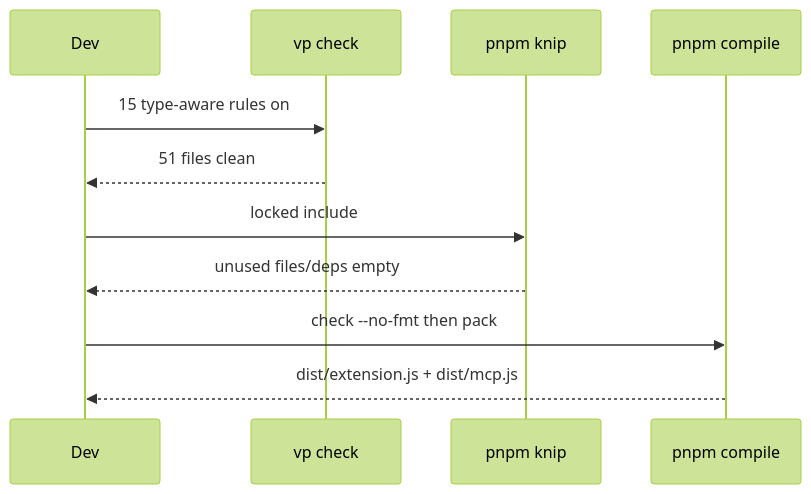
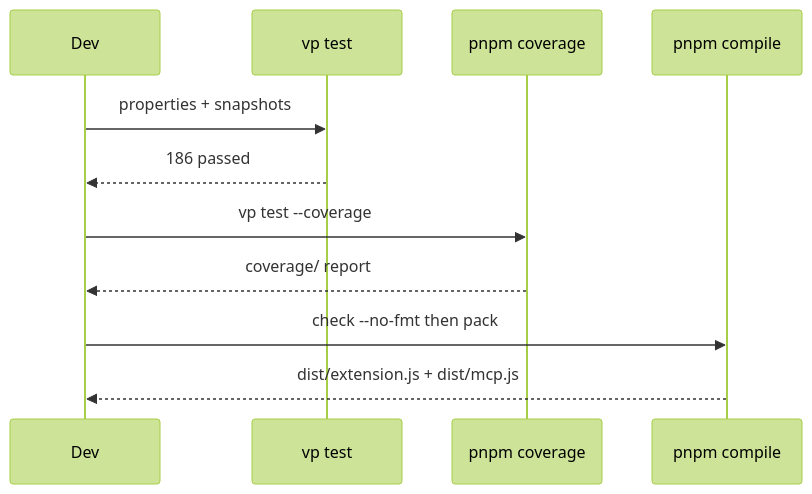
One commit to MarekBombera/cursor-design-extension changed the second of 2 diagrams in blueprint/context/current-feature-overview.md. Above: the diagram before and after it, drawn with Mermaid (forest theme). The commit also changed other lines of this file and 15 other files, not shown here.

First line of the commit message:
feat: add fast-check properties, snapshots, and coverage

````diff
--- a/blueprint/context/current-feature-overview.md
+++ b/blueprint/context/current-feature-overview.md
@@ -33,13 +35,13 @@
 ```mermaid
 sequenceDiagram
   participant Dev
-  participant Check as vp check
-  participant Knip as pnpm knip
+  participant Test as vp test
+  participant Cov as pnpm coverage
   participant Pack as pnpm compile
-  Dev->>Check: 15 type-aware rules on
-  Check-->>Dev: 51 files clean
-  Dev->>Knip: locked include
-  Knip-->>Dev: unused files/deps empty
+  Dev->>Test: properties + snapshots
+  Test-->>Dev: 186 passed
+  Dev->>Cov: vp test --coverage
+  Cov-->>Dev: coverage/ report
   Dev->>Pack: check --no-fmt then pack
   Pack-->>Dev: dist/extension.js + dist/mcp.js
 ```
````
